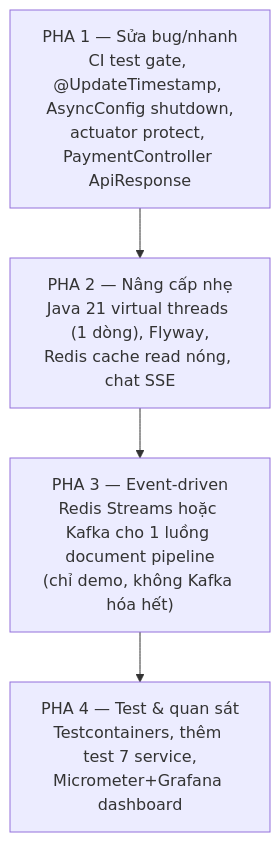
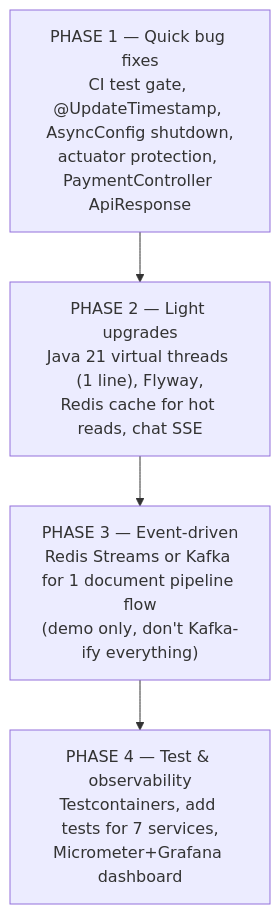
One commit to SWP-SUM26-AI-STUDY-HUB/ai-study-hub-api changed the second of 2 diagrams in docs/IMPROVEMENTS.md. Above: the diagram before and after it, drawn with Mermaid. The commit also changed other lines of this file and 13 other files, not shown here.

````diff
--- a/docs/IMPROVEMENTS.md
+++ b/docs/IMPROVEMENTS.md
@@ -165,7 +165,7 @@
 ```mermaid
 flowchart TD
-    A["PHA 1 — Sửa bug/nhanh<br/>CI test gate, @UpdateTimestamp, AsyncConfig shutdown,<br/>actuator protect, PaymentController ApiResponse"] --> B
-    B["PHA 2 — Nâng cấp nhẹ<br/>Java 21 virtual threads (1 dòng), Flyway,<br/>Redis cache read nóng, chat SSE"] --> C
-    C["PHA 3 — Event-driven<br/>Redis Streams hoặc Kafka cho 1 luồng document pipeline<br/>(chỉ demo, không Kafka hóa hết)"] --> D
-    D["PHA 4 — Test & quan sát<br/>Testcontainers, thêm test 7 service,<br/>Micrometer+Grafana dashboard"]
+    A["PHASE 1 — Quick bug fixes<br/>CI test gate, @UpdateTimestamp, AsyncConfig shutdown,<br/>actuator protection, PaymentController ApiResponse"] --> B
+    B["PHASE 2 — Light upgrades<br/>Java 21 virtual threads (1 line), Flyway,<br/>Redis cache for hot reads, chat SSE"] --> C
+    C["PHASE 3 — Event-driven<br/>Redis Streams or Kafka for 1 document pipeline flow<br/>(demo only, don't Kafka-ify everything)"] --> D
+    D["PHASE 4 — Test & observability<br/>Testcontainers, add tests for 7 services,<br/>Micrometer+Grafana dashboard"]
 ```
````
